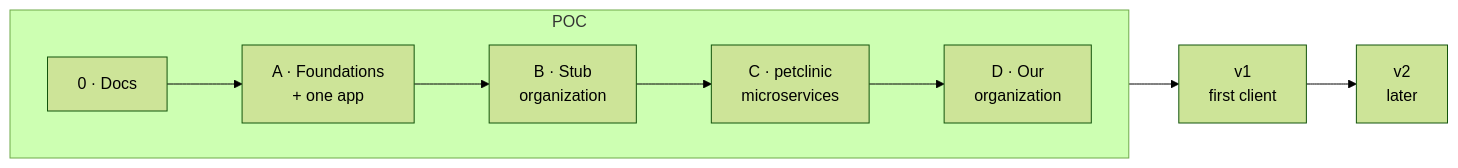
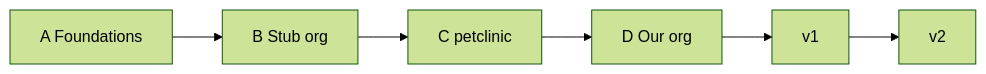
The diagram in docs/plan/roadmap.md (KBavis/steno), drawn with Mermaid (forest theme) before and after one commit. The commit also changed other lines of this file and 35 other files, not shown here.

First line of the commit message:
docs: simplify the docs and record D150 (flows-first routing)

````diff
--- a/docs/plan/roadmap.md
+++ b/docs/plan/roadmap.md
@@ -14,8 +12,5 @@
 ```mermaid
 flowchart LR
-    subgraph POC
-      direction LR
-      S0["0 · Docs"] --> A["A · Foundations<br/>+ one app"] --> B["B · Stub<br/>organization"] --> C["C · petclinic<br/>microservices"] --> D["D · Our<br/>organization"]
-    end
-    POC --> V1["v1<br/>first client"] --> V2["v2<br/>later"]
+    A["A Foundations"] --> B["B Stub org"] --> C["C petclinic"] --> D["D Our org"]
+    D --> V1["v1"] --> V2["v2"]
 ```
````
